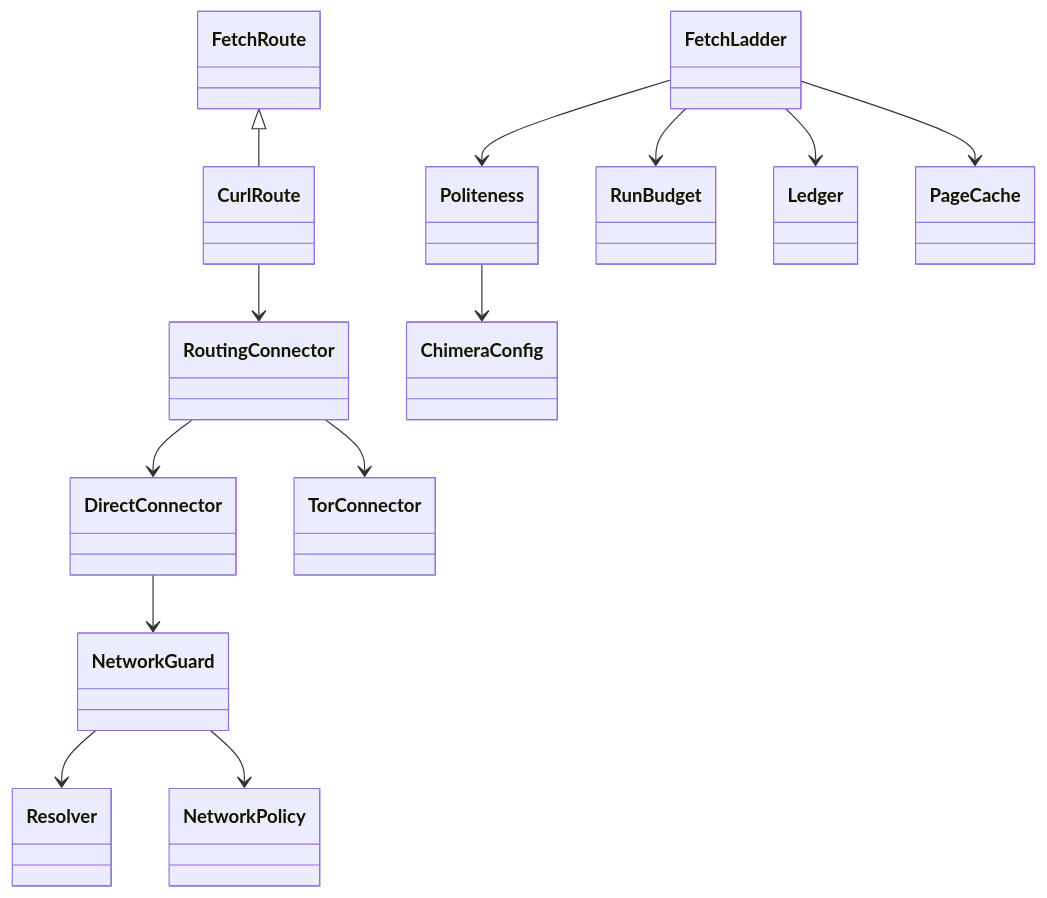
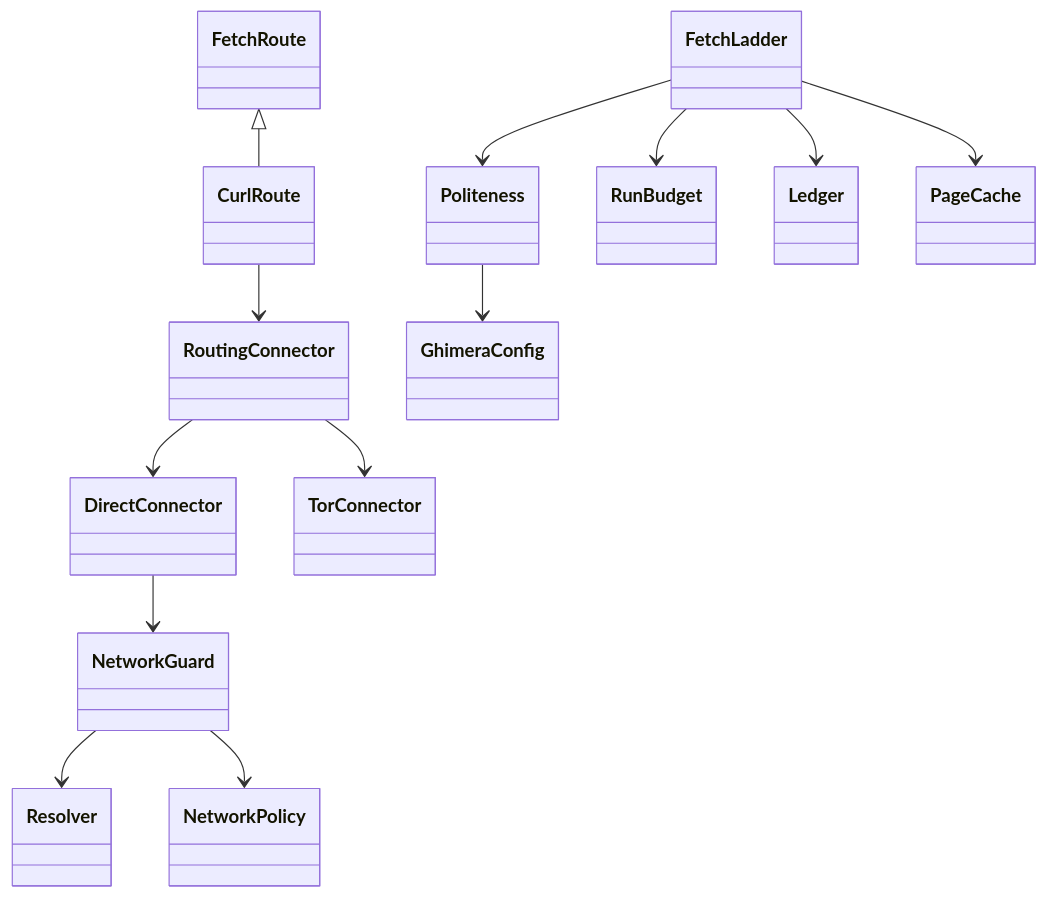
Before and after one commit to ginkorea/ghimera: the diagram in docs/C1.md, drawn with Mermaid. The commit also changed 181 other files, not shown here.

````diff
--- a/docs/C1.md
+++ b/docs/C1.md
@@ -65,15 +65,15 @@
 ```mermaid
 classDiagram
     FetchRoute <|-- CurlRoute
     FetchLadder --> Politeness
     FetchLadder --> RunBudget
     FetchLadder --> Ledger
     FetchLadder --> PageCache
     CurlRoute --> RoutingConnector
     RoutingConnector --> DirectConnector
     RoutingConnector --> TorConnector
     DirectConnector --> NetworkGuard
     NetworkGuard --> Resolver
     NetworkGuard --> NetworkPolicy
-    Politeness --> ChimeraConfig
+    Politeness --> GhimeraConfig
 ```
````
